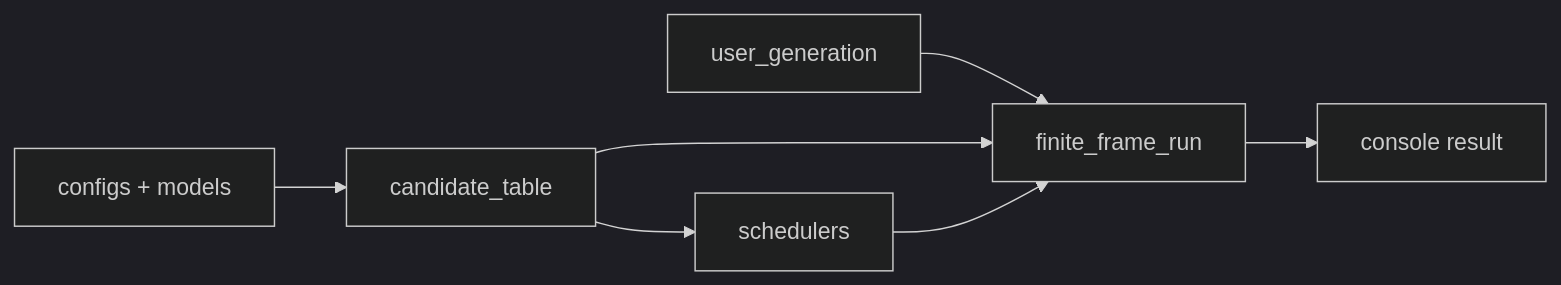
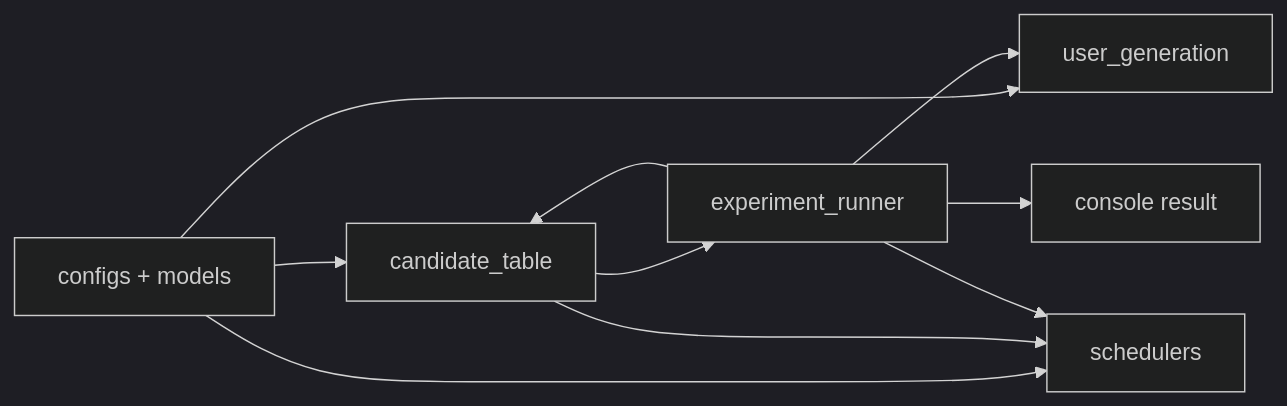
Before and after one commit to henryblu/ran-joint-scheduling-optimization: the diagram in README.md, drawn with Mermaid (dark theme). The commit also changed other lines of this file and 6 other files, not shown here.

````diff
--- a/README.md
+++ b/README.md
@@ -55,9 +54,12 @@
 ```mermaid
 flowchart LR
-    A["configs + models"] --> B["candidate_table"]
-    B --> C["schedulers"]
-    D["user_generation"] --> E["finite_frame_run"]
+    A["configs + models"] --> D["user_generation"]
+    A --> B["candidate_table"]
+    A --> C["schedulers"]
+    E["experiment_runner"] --> D
     B --> E
-    C --> E
+    E --> B
+    B --> C
+    E --> C
     E --> F["console result"]
 ```
````
